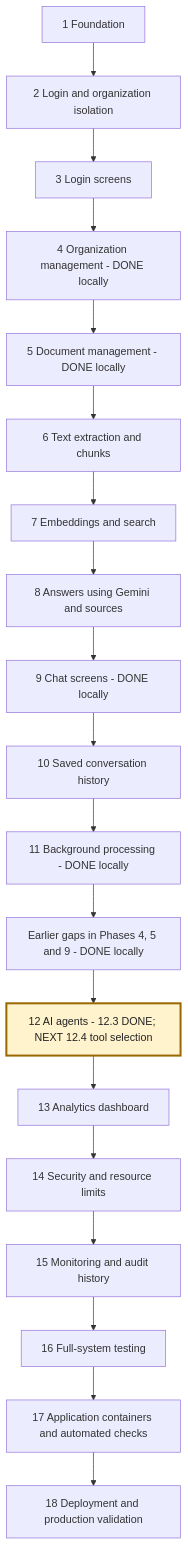
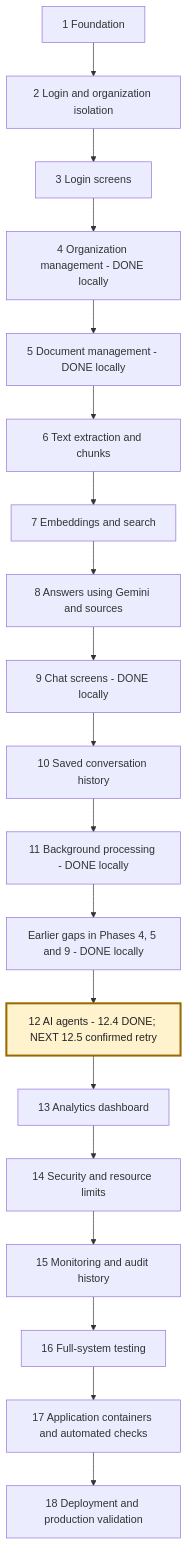
The second of 4 diagrams in NEXAAI_ROADMAP.md (msdian0007/nexaAi), drawn with Mermaid before and after one commit. The commit also changed other lines of this file and 8 other files, not shown here.

````diff
--- a/NEXAAI_ROADMAP.md
+++ b/NEXAAI_ROADMAP.md
@@ -190,22 +190,22 @@
 ```mermaid
 flowchart TD
     A[1 Foundation] --> B[2 Login and organization isolation]
     B --> C[3 Login screens]
     C --> D[4 Organization management - DONE locally]
     D --> E[5 Document management - DONE locally]
     E --> F[6 Text extraction and chunks]
     F --> G[7 Embeddings and search]
     G --> H[8 Answers using Gemini and sources]
     H --> I[9 Chat screens - DONE locally]
     I --> J[10 Saved conversation history]
     J --> K[11 Background processing - DONE locally]
     K --> L[Earlier gaps in Phases 4, 5 and 9 - DONE locally]
-    L --> M[12 AI agents - 12.3 DONE; NEXT 12.4 tool selection]
+    L --> M[12 AI agents - 12.4 DONE; NEXT 12.5 confirmed retry]
     M --> N[13 Analytics dashboard]
     N --> O[14 Security and resource limits]
     O --> P[15 Monitoring and audit history]
     P --> Q[16 Full-system testing]
     Q --> R[17 Application containers and automated checks]
     R --> S[18 Deployment and production validation]
     style M fill:#fff3cd,stroke:#9a6700,stroke-width:3px,color:#222
 ```
````
